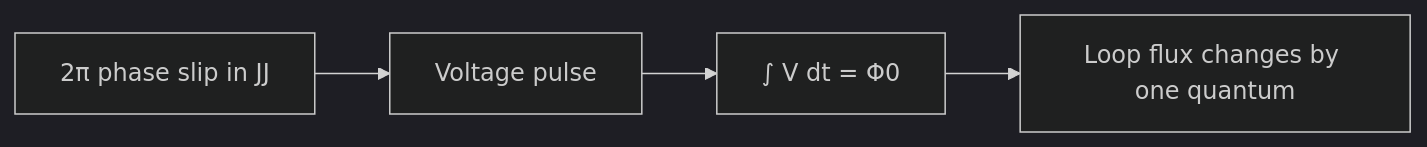
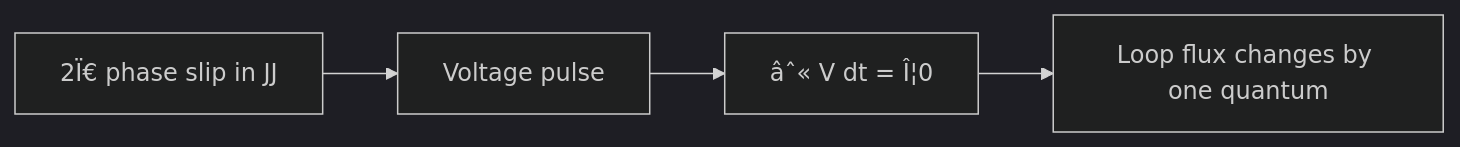
The first of 2 diagrams in docs/fundamentals/flux-quantization.md (Single-Flux-Quantum/sfq-learn-public), drawn with Mermaid (dark theme) before and after one commit. The commit also changed other lines of this file and 41 other files, not shown here.

````diff
--- a/docs/fundamentals/flux-quantization.md
+++ b/docs/fundamentals/flux-quantization.md
@@ -103,6 +103,6 @@
 ```mermaid
 flowchart LR
-  Slip["2π phase slip in JJ"] --> Pulse[Voltage pulse]
-  Pulse --> Area["∫ V dt = Φ0"]
+  Slip["2Ï€ phase slip in JJ"] --> Pulse[Voltage pulse]
+  Pulse --> Area["âˆ« V dt = Î¦0"]
   Area --> Loop["Loop flux changes by one quantum"]
 ```
````
